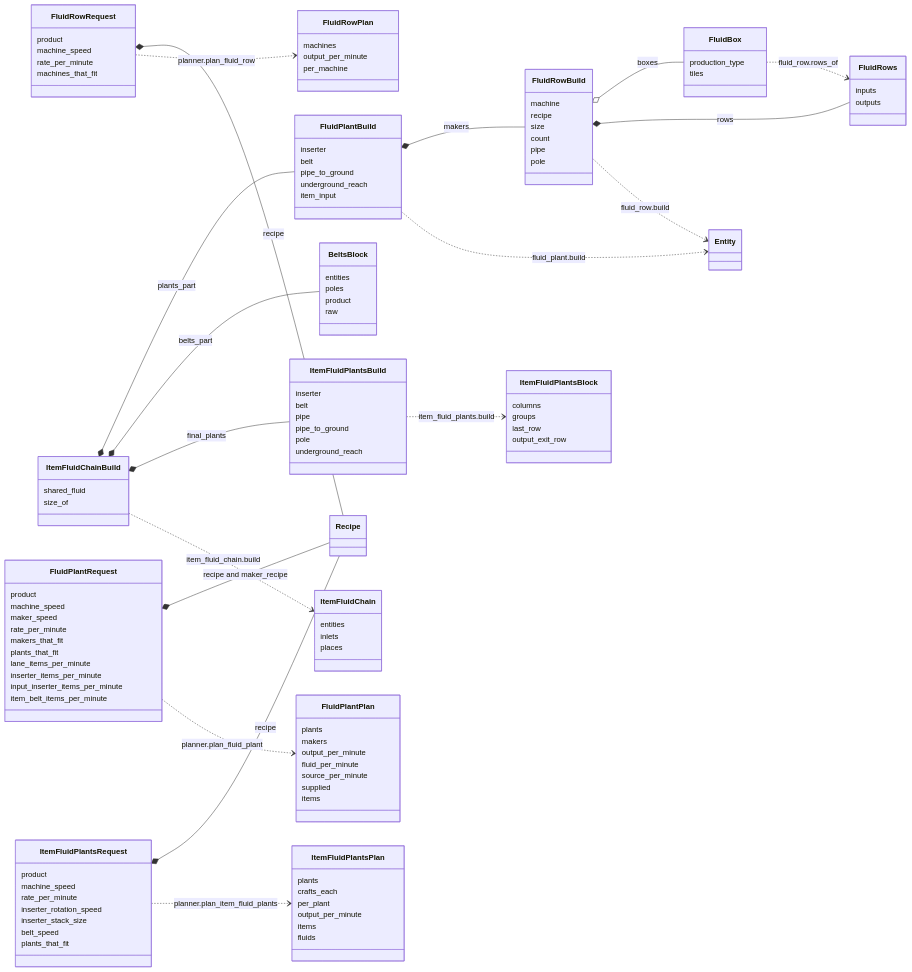
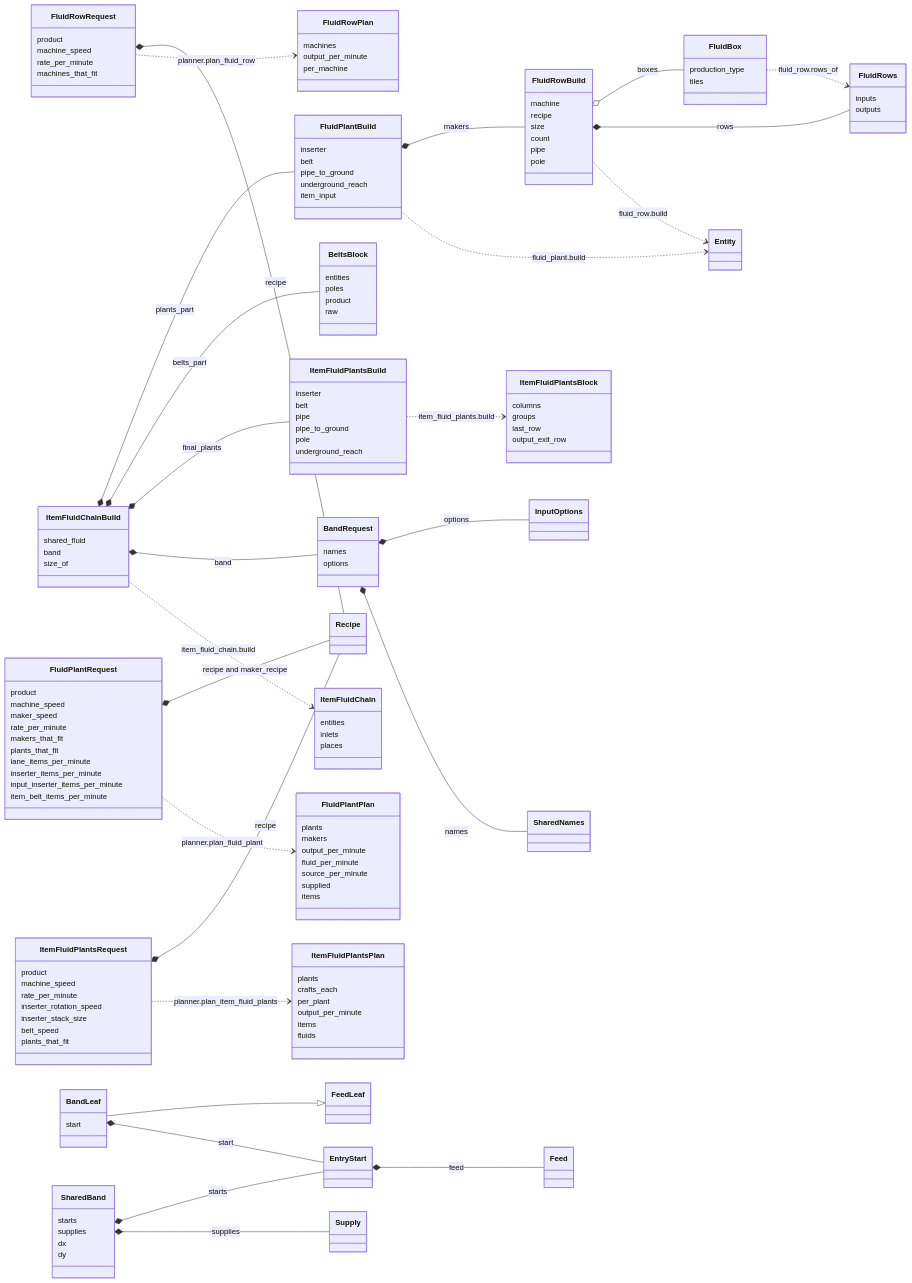
The sixth of 6 diagrams in TYPES.md (RibbonedAce/factorio-blueprint-generation), drawn with Mermaid before and after one commit. The commit also changed other lines of this file and 21 other files, not shown here.

First line of the commit message:
Bring in the raw items of the chains through one band, one entry for each ore

```diff
--- a/TYPES.md
+++ b/TYPES.md
@@ -640,7 +647,21 @@
   }
   class ItemFluidChainBuild {
     shared_fluid
+    band
     size_of
+  }
+  class BandRequest {
+    names
+    options
+  }
+  class BandLeaf {
+    start
+  }
+  class SharedBand {
+    starts
+    supplies
+    dx
+    dy
   }
   class ItemFluidChain {
     entities
@@ -654,6 +675,14 @@
   ItemFluidChainBuild *-- FluidPlantBuild : plants_part
   ItemFluidChainBuild *-- BeltsBlock : belts_part
   ItemFluidChainBuild *-- ItemFluidPlantsBuild : final_plants
+  ItemFluidChainBuild *-- BandRequest : band
+  BandRequest *-- InputOptions : options
+  BandRequest *-- SharedNames : names
+  BandLeaf --|> FeedLeaf
+  BandLeaf *-- EntryStart : start
+  EntryStart *-- Feed : feed
+  SharedBand *-- EntryStart : starts
+  SharedBand *-- Supply : supplies
   ItemFluidChainBuild ..> ItemFluidChain : item_fluid_chain.build
   FluidRowRequest *-- Recipe : recipe
   FluidPlantRequest *-- Recipe : recipe and maker_recipe
```
